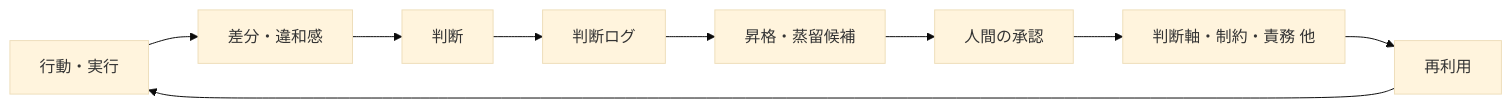
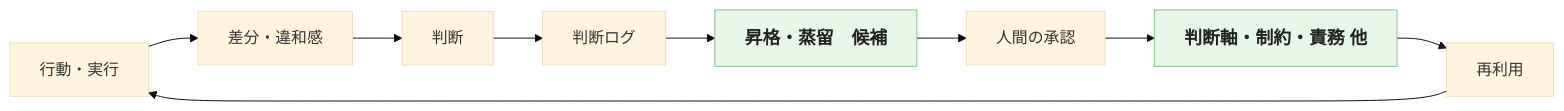
One commit to tamasub/FRB changed the first of 2 diagrams in articles/ai-collaboration04-humanintheloop.md. Above: the diagram before and after it, drawn with Mermaid (base theme). The commit also changed other lines of this file, not shown here.

Commit message:
ai-collaboration04-humanintheloop.md

````diff
--- a/articles/ai-collaboration04-humanintheloop.md
+++ b/articles/ai-collaboration04-humanintheloop.md
@@ -404,11 +404,18 @@
 ```mermaid
 flowchart LR
     A[行動・実行] --> B[差分・違和感]
     B --> C[判断]
     C --> D[判断ログ]
-    D --> E[昇格・蒸留候補]
+    D --> E[昇格・蒸留　候補]
     E --> H[人間の承認]
     H --> F[判断軸・制約・責務 他]
     F --> G[再利用]
     G --> A
+
+
+    classDef promotion fill:#e8f5e9,stroke:#81c784,color:#222,font-size:18px,font-weight:bold
+    class E promotion
+　　class F promotion
+
+
 ```
````
